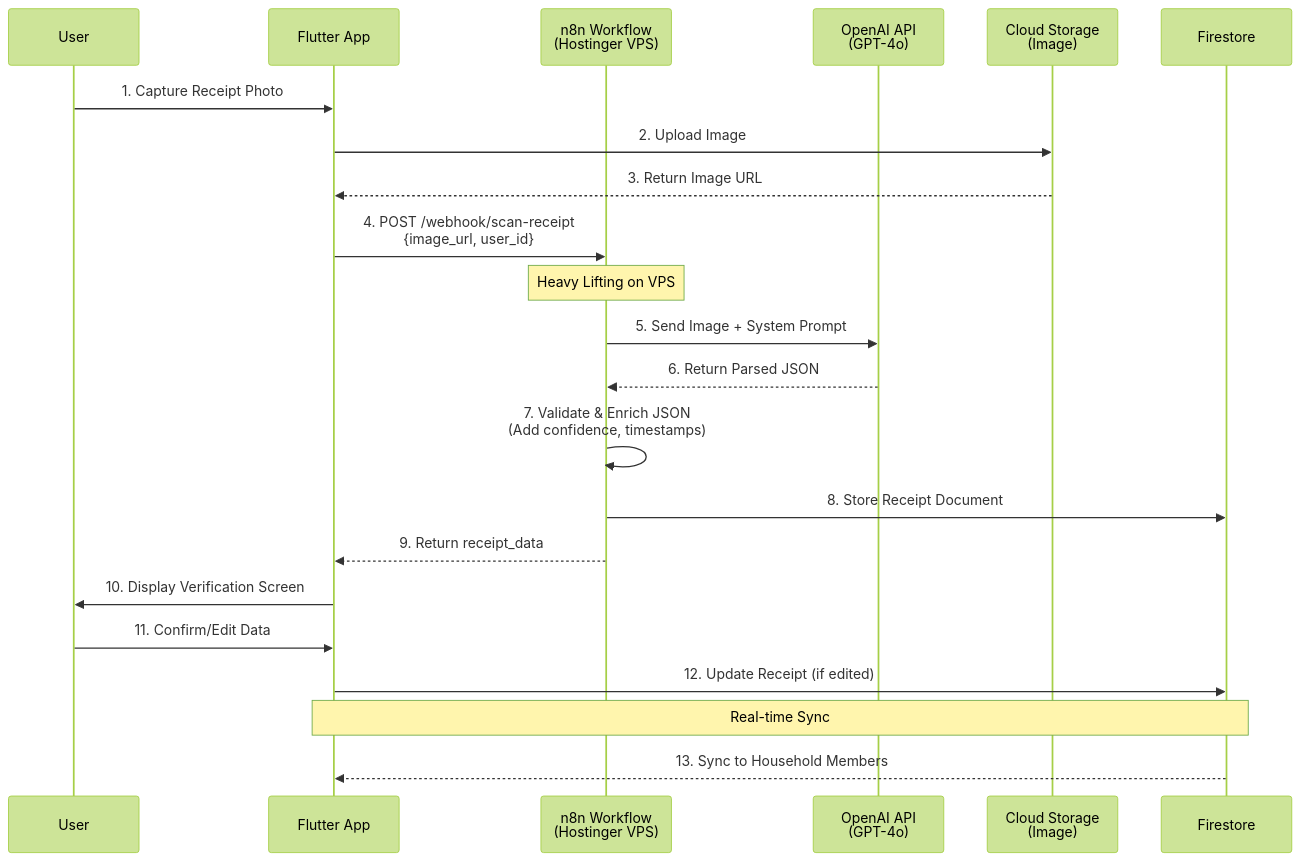
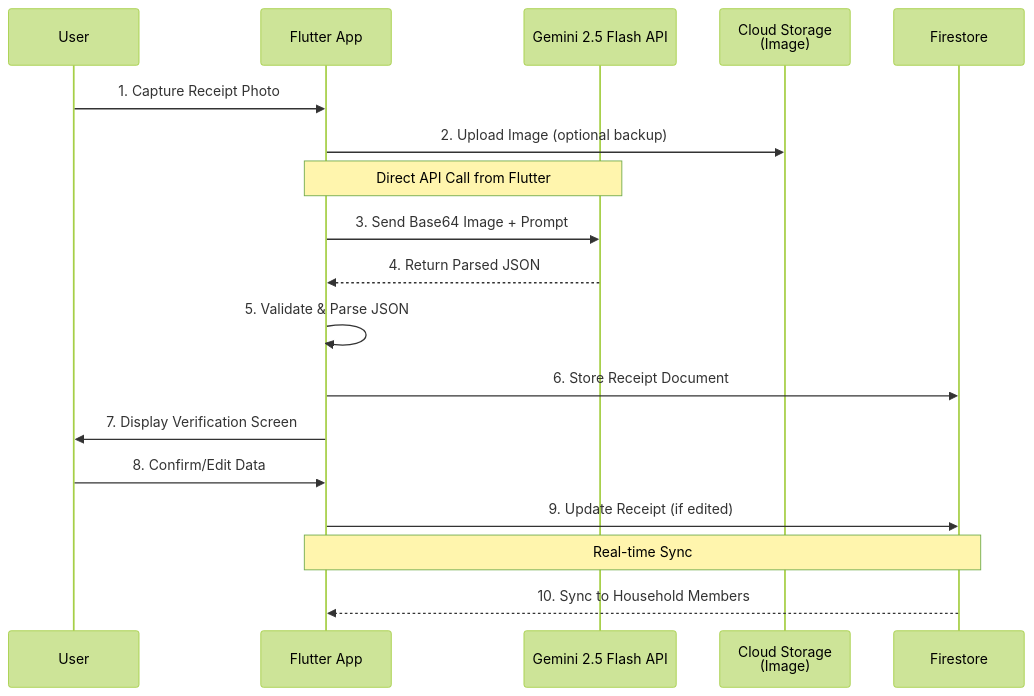
One commit to HeartThanakorn/sparfuchs-mobile-app changed the first of 2 diagrams in specs/design.md. Above: the diagram before and after it, drawn with Mermaid (forest theme). The commit also changed other lines of this file and 2 other files, not shown here.

First line of the commit message:
docs: Update all specs to use Gemini 2.5 Flash

````diff
--- a/specs/design.md
+++ b/specs/design.md
@@ -13,28 +13,24 @@
 ```mermaid
 sequenceDiagram
     participant User
     participant Flutter as Flutter App
-    participant VPS as n8n Workflow<br/>(Hostinger VPS)
-    participant AI as OpenAI API<br/>(GPT-4o)
+    participant AI as Gemini 2.5 Flash API
     participant Storage as Cloud Storage<br/>(Image)
     participant DB as Firestore
 
     User->>Flutter: 1. Capture Receipt Photo
-    Flutter->>Storage: 2. Upload Image
-    Storage-->>Flutter: 3. Return Image URL
-    Flutter->>VPS: 4. POST /webhook/scan-receipt<br/>{image_url, user_id}
-
-    Note over VPS: Heavy Lifting on VPS
-    VPS->>AI: 5. Send Image + System Prompt
-    AI-->>VPS: 6. Return Parsed JSON
-    VPS->>VPS: 7. Validate & Enrich JSON<br/>(Add confidence, timestamps)
-    VPS->>DB: 8. Store Receipt Document
-    VPS-->>Flutter: 9. Return receipt_data
-
-    Flutter->>User: 10. Display Verification Screen
-    User->>Flutter: 11. Confirm/Edit Data
-    Flutter->>DB: 12. Update Receipt (if edited)
+    Flutter->>Storage: 2. Upload Image (optional backup)
+    
+    Note over Flutter,AI: Direct API Call from Flutter
+    Flutter->>AI: 3. Send Base64 Image + Prompt
+    AI-->>Flutter: 4. Return Parsed JSON
+    Flutter->>Flutter: 5. Validate & Parse JSON
+    Flutter->>DB: 6. Store Receipt Document
+    
+    Flutter->>User: 7. Display Verification Screen
+    User->>Flutter: 8. Confirm/Edit Data
+    Flutter->>DB: 9. Update Receipt (if edited)
 
     Note over DB,Flutter: Real-time Sync
-    DB-->>Flutter: 13. Sync to Household Members
+    DB-->>Flutter: 10. Sync to Household Members
 ```
````
